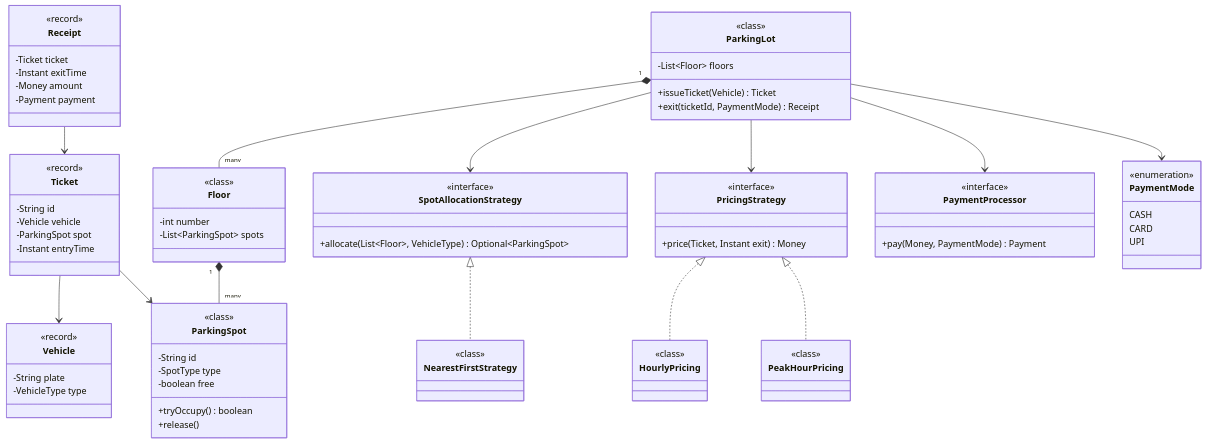
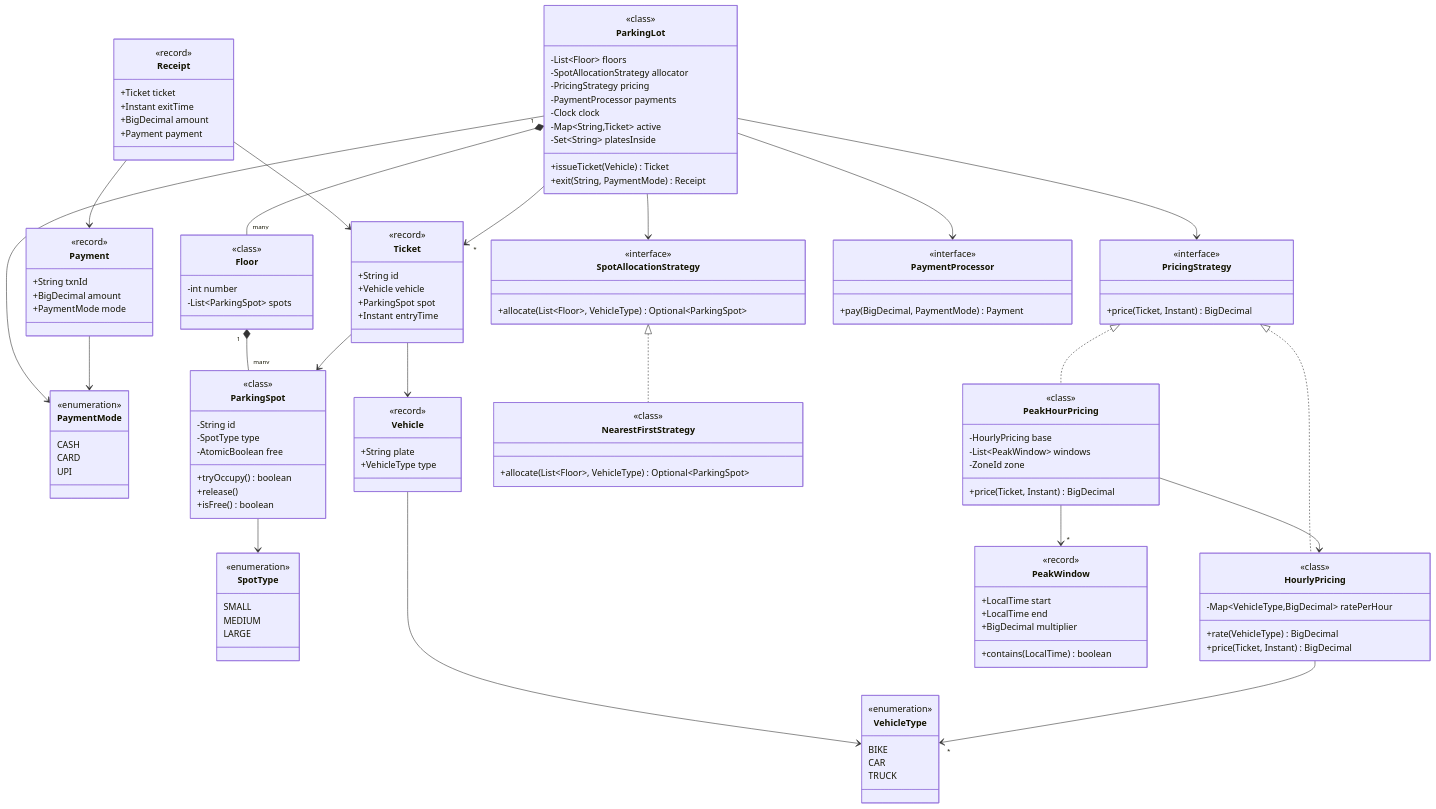
One commit to amarkum/amarkumar.guru changed the first of 3 diagrams in system-design/lld/02-parking-lot.md. Above: the diagram before and after it, drawn with Mermaid. The commit also changed 27 other files, not shown here.

Commit message:
Rebuild every UML class diagram from its Java code, add a notes progress tracker, and make diagrams readable with zoom and a legend.

````diff
--- a/system-design/lld/02-parking-lot.md
+++ b/system-design/lld/02-parking-lot.md
@@ -41,37 +41,61 @@
 ```mermaid
 classDiagram
-    class ParkingLot {
+    class VehicleType {
+      <<enumeration>>
+      BIKE
+      CAR
+      TRUCK
+    }
+    class SpotType {
+      <<enumeration>>
+      SMALL
+      MEDIUM
+      LARGE
+    }
+    class PaymentMode {
+      <<enumeration>>
+      CASH
+      CARD
+      UPI
+    }
+    class Vehicle {
+      <<record>>
+      +String plate
+      +VehicleType type
+    }
+    class ParkingSpot {
       <<class>>
-      -List~Floor~ floors
-      +issueTicket(Vehicle) Ticket
-      +exit(ticketId, PaymentMode) Receipt
+      -String id
+      -SpotType type
+      -AtomicBoolean free
+      +tryOccupy() boolean
+      +release()
+      +isFree() boolean
     }
     class Floor {
+      <<class>>
       -int number
       -List~ParkingSpot~ spots
     }
-    class ParkingSpot {
-      -String id
-      -SpotType type
-      -boolean free
-      +tryOccupy() boolean
-      +release()
+    class Ticket {
+      <<record>>
+      +String id
+      +Vehicle vehicle
+      +ParkingSpot spot
+      +Instant entryTime
     }
-    class Vehicle {
-      -String plate
-      -VehicleType type
-    }
-    class Ticket {
-      -String id
-      -Vehicle vehicle
-      -ParkingSpot spot
-      -Instant entryTime
+    class Payment {
+      <<record>>
+      +String txnId
+      +BigDecimal amount
+      +PaymentMode mode
     }
     class Receipt {
-      -Ticket ticket
-      -Instant exitTime
-      -Money amount
-      -Payment payment
+      <<record>>
+      +Ticket ticket
+      +Instant exitTime
+      +BigDecimal amount
+      +Payment payment
     }
     class SpotAllocationStrategy {
       <<interface>>
@@ -79,20 +103,47 @@
     }
     class NearestFirstStrategy {
       <<class>>
+      +allocate(List~Floor~, VehicleType) Optional~ParkingSpot~
     }
     class PricingStrategy {
       <<interface>>
-      +price(Ticket, Instant exit) Money
+      +price(Ticket, Instant) BigDecimal
     }
     class HourlyPricing {
       <<class>>
+      -Map~VehicleType,BigDecimal~ ratePerHour
+      +rate(VehicleType) BigDecimal
+      +price(Ticket, Instant) BigDecimal
     }
     class PeakHourPricing {
       <<class>>
+      -HourlyPricing base
+      -List~PeakWindow~ windows
+      -ZoneId zone
+      +price(Ticket, Instant) BigDecimal
+    }
+    class PeakWindow {
+      <<record>>
+      +LocalTime start
+      +LocalTime end
+      +BigDecimal multiplier
+      +contains(LocalTime) boolean
     }
     class PaymentProcessor {
       <<interface>>
-      +pay(Money, PaymentMode) Payment
+      +pay(BigDecimal, PaymentMode) Payment
+    }
+    class ParkingLot {
+      <<class>>
+      -List~Floor~ floors
+      -SpotAllocationStrategy allocator
+      -PricingStrategy pricing
+      -PaymentProcessor payments
+      -Clock clock
+      -Map~String,Ticket~ active
+      -Set~String~ platesInside
+      +issueTicket(Vehicle) Ticket
+      +exit(String, PaymentMode) Receipt
     }
     ParkingLot "1" *-- "many" Floor
     Floor "1" *-- "many" ParkingSpot
@@ -105,35 +156,13 @@
     SpotAllocationStrategy <|.. NearestFirstStrategy
     PricingStrategy <|.. HourlyPricing
     PricingStrategy <|.. PeakHourPricing
-    class SpotAllocationStrategy {
-      <<interface>>
-    }
-    class Ticket {
-      <<record>>
-    }
-    class ParkingSpot {
-      <<class>>
-    }
-    class Receipt {
-      <<record>>
-    }
-    class PricingStrategy {
-      <<interface>>
-    }
-    class PaymentProcessor {
-      <<interface>>
-    }
-    class Vehicle {
-      <<record>>
-    }
-    class Floor {
-      <<class>>
-    }
-    class PaymentMode {
-      <<enumeration>>
-      CASH
-      CARD
-      UPI
-    }
     ParkingLot --> PaymentMode
+    Vehicle --> VehicleType
+    ParkingSpot --> SpotType
+    Payment --> PaymentMode
+    Receipt --> Payment
+    HourlyPricing --> "*" VehicleType
+    PeakHourPricing --> HourlyPricing
+    PeakHourPricing --> "*" PeakWindow
+    ParkingLot --> "*" Ticket
 ```
````
